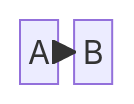
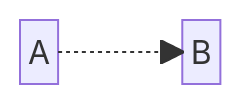
One commit to mermaid-js/mermaid changed diagram 22 of 29 in docs/syntax/block.md. Above: the diagram before and after it, drawn with Mermaid. The commit also changed other lines of this file and 8 other files, not shown here.

````diff
--- a/docs/syntax/block.md
+++ b/docs/syntax/block.md
@@ -446,4 +489,5 @@
 ```mermaid
 block-beta
+  A space:2 B
   A-.->B
 ```
````
